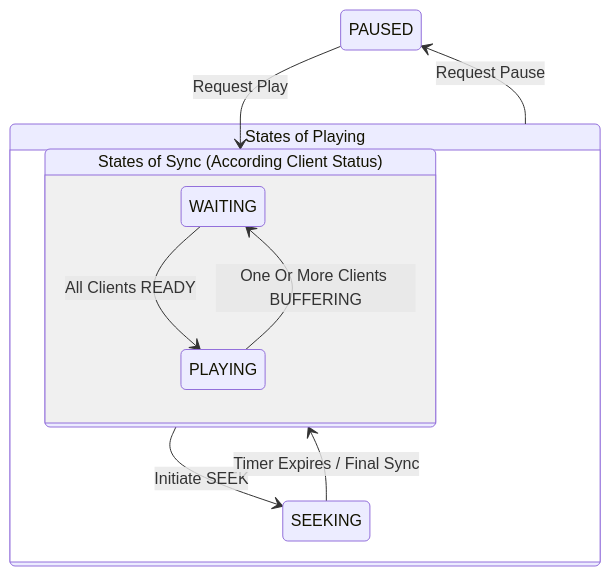
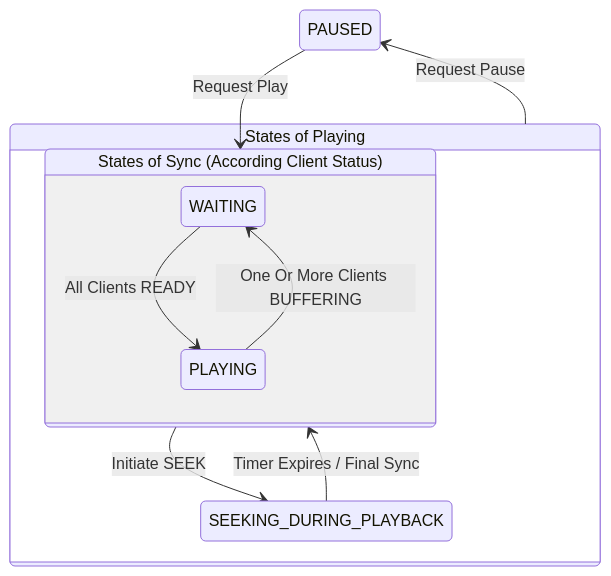
Before and after one commit to joodo/bunga-server: the diagram in README.md, drawn with Mermaid. The commit also changed other lines of this file and 2 other files, not shown here.

````diff
--- a/README.md
+++ b/README.md
@@ -119,22 +120,22 @@
 ```mermaid
 stateDiagram-v2
 
     PAUSED --> SYNCGROUP : Request Play
 
     state PLAYINGGROUP {
         direction TB
         state SYNCGROUP {
             direction TB
             WAITING --> PLAYING : All Clients READY
             PLAYING --> WAITING : One Or More Clients BUFFERING
         }
 
-        SYNCGROUP --> SEEKING : Initiate SEEK
-        SEEKING --> SYNCGROUP : Timer Expires / Final Sync
+        SYNCGROUP --> SEEKING_DURING_PLAYBACK : Initiate SEEK
+        SEEKING_DURING_PLAYBACK --> SYNCGROUP : Timer Expires / Final Sync
     }
 
     PLAYINGGROUP --> PAUSED : Request Pause
 
         SYNCGROUP: States of Sync (According Client Status)
     PLAYINGGROUP: States of Playing
 ```
````
